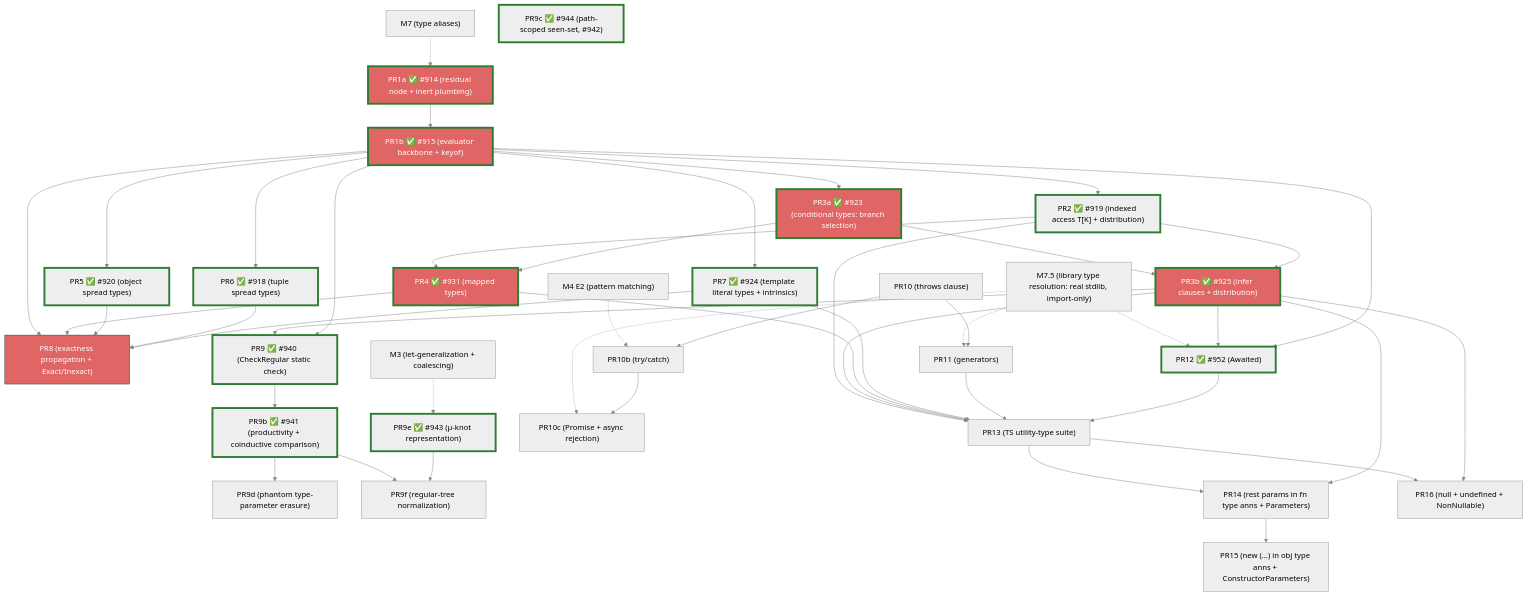
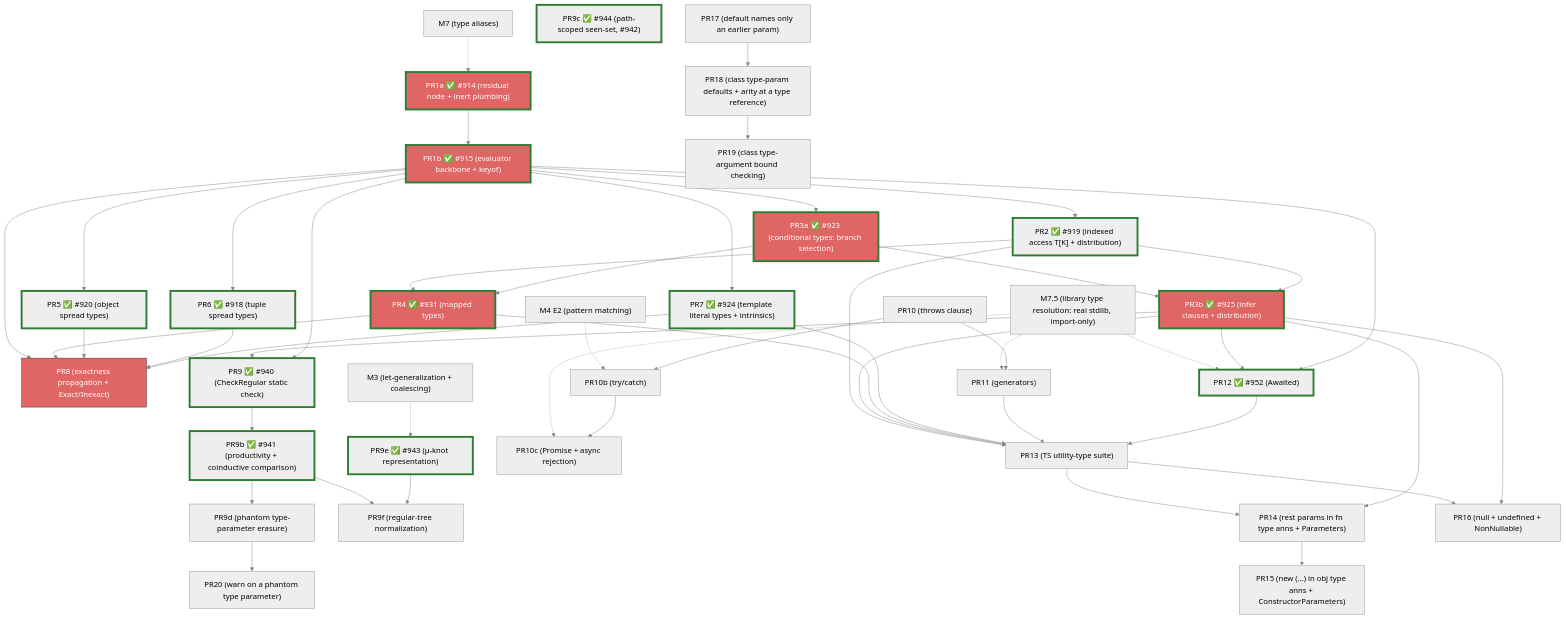
One commit to escalier-lang/escalier changed the diagram in planning/simple_sub/m9-implementation-plan.md. Above: the diagram before and after it, drawn with Mermaid (neutral theme). The commit also changed other lines of this file and 8 other files, not shown here.

First line of the commit message:
Detect phantom type parameters in aliases (#945)

```diff
--- a/planning/simple_sub/m9-implementation-plan.md
+++ b/planning/simple_sub/m9-implementation-plan.md
@@ -1425,6 +1650,10 @@
     PR14["PR14 (rest params in fn type anns + Parameters<F>)"]
     PR15["PR15 (new (…) in obj type anns + ConstructorParameters<C>)"]
     PR16["PR16 (null + undefined + NonNullable<T>)"]
+    PR17["PR17 (default names only an earlier param)"]
+    PR18["PR18 (class type-param defaults + arity at a type reference)"]
+    PR19["PR19 (class type-argument bound checking)"]
+    PR20["PR20 (warn on a phantom type parameter)"]
 
     M7 -.-> PR1a
     M75 -.-> PR10c
@@ -1470,6 +1699,9 @@
     PR14 --> PR15
     PR13 --> PR16
     PR3b --> PR16
+    PR17 --> PR18
+    PR18 --> PR19
+    PR9d --> PR20
 
     linkStyle default stroke:#888
     style PR1a fill:#e06666,stroke:#2e7d32,stroke-width:4px,color:#fff
```
